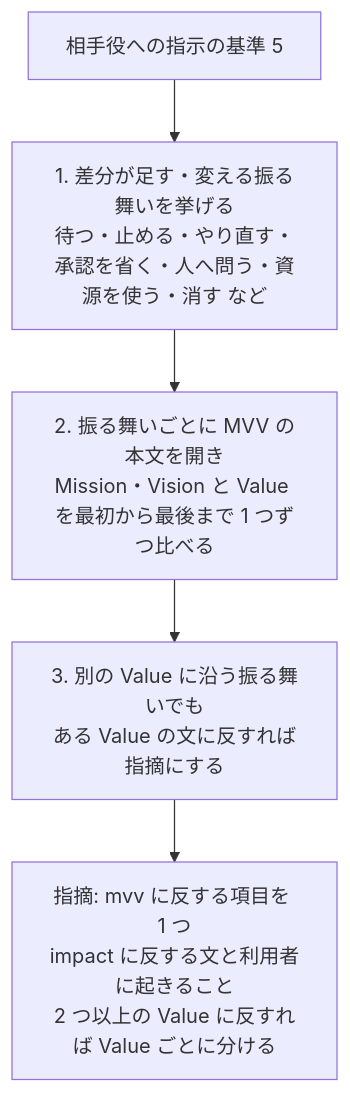
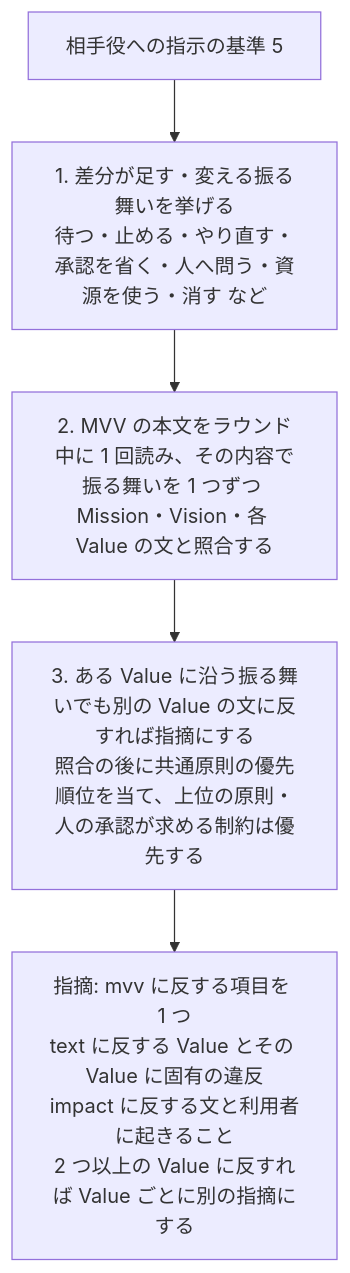
The second of 2 diagrams in issues/issue-4076-design.md (devbasex/ai-plugins), drawn with Mermaid before and after one commit. The commit also changed other lines of this file and 1 other file, not shown here.

````diff
--- a/issues/issue-4076-design.md
+++ b/issues/issue-4076-design.md
@@ -45,7 +47,7 @@
 ```mermaid
 graph TD
     I["相手役への指示の基準 5"] --> S1["1. 差分が足す・変える振る舞いを挙げる<br/>待つ・止める・やり直す・承認を省く・人へ問う・資源を使う・消す など"]
-    S1 --> S2["2. 振る舞いごとに MVV の本文を開き<br/>Mission・Vision と Value を最初から最後まで 1 つずつ比べる"]
-    S2 --> S3["3. 別の Value に沿う振る舞いでも<br/>ある Value の文に反すれば指摘にする"]
-    S3 --> O["指摘: mvv に反する項目を 1 つ<br/>impact に反する文と利用者に起きること<br/>2 つ以上の Value に反すれば Value ごとに分ける"]
+    S1 --> S2["2. MVV の本文をラウンド中に 1 回読み、その内容で<br/>振る舞いを 1 つずつ Mission・Vision・各 Value の文と照合する"]
+    S2 --> S3["3. ある Value に沿う振る舞いでも別の Value の文に反すれば指摘にする<br/>照合の後に共通原則の優先順位を当て、上位の原則・人の承認が求める制約は優先する"]
+    S3 --> O["指摘: mvv に反する項目を 1 つ<br/>text に反する Value とその Value に固有の違反<br/>impact に反する文と利用者に起きること<br/>2 つ以上の Value に反すれば Value ごとに別の指摘にする"]
 ```
````
